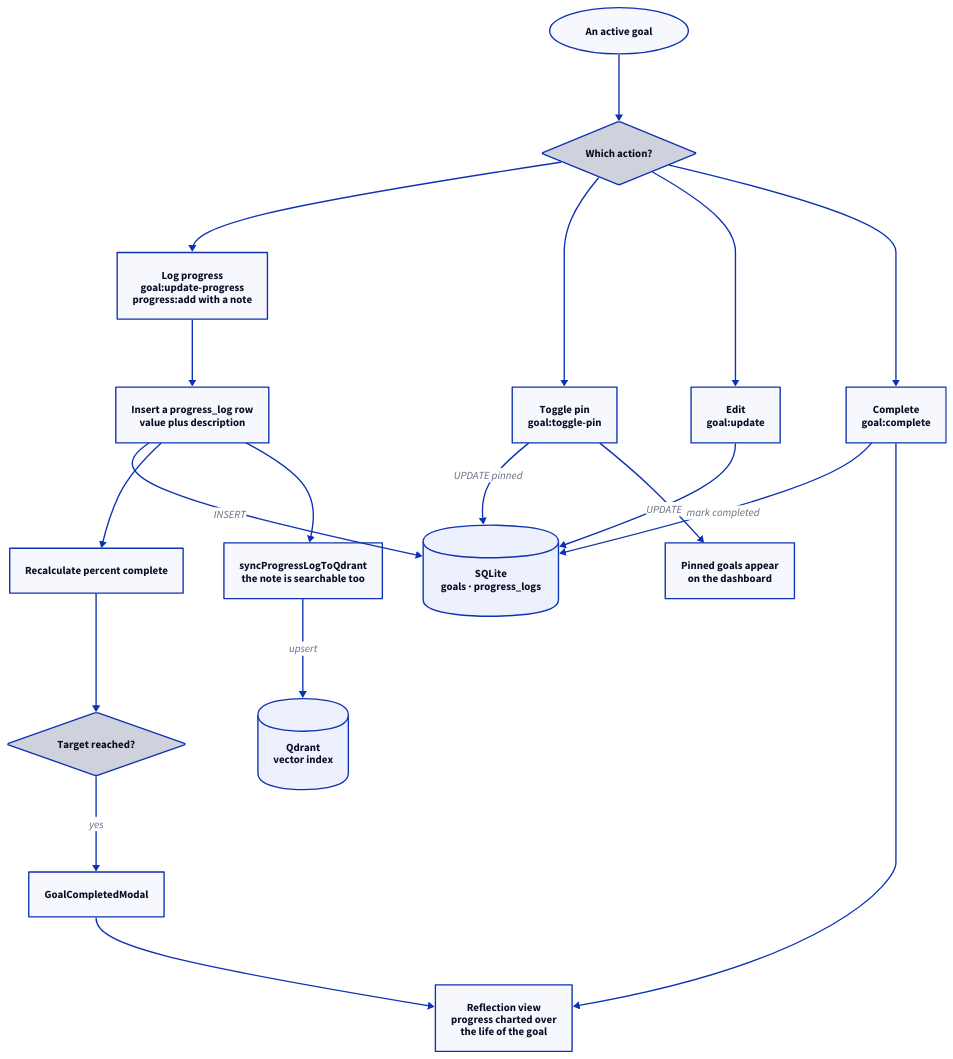
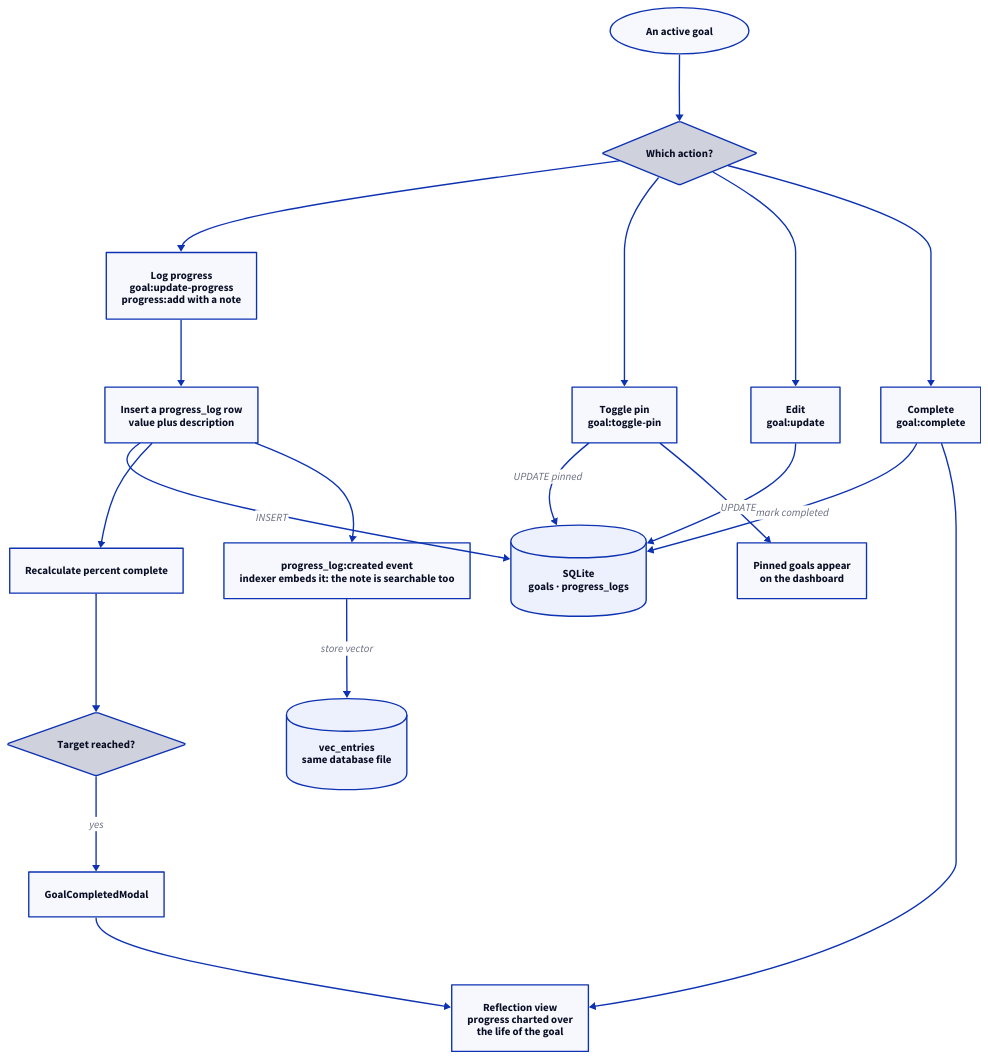
One commit to Arinaymaybhaskar/MindSage_desktop_app changed the diagram in assets/diagrams/src/goal-actions.d2. Above: the diagram before and after it, drawn with D2. The commit also changed 37 other files, not shown here.

First line of the commit message:
chore(search): remove Qdrant leftovers from the UI, diagrams and README

```diff
--- a/assets/diagrams/src/goal-actions.d2
+++ b/assets/diagrams/src/goal-actions.d2
@@ -1,92 +1,92 @@
 # What happens to a goal after it exists: progress, pinning and completion.
 # Derived from electron/methods/goal.js and progressLogs.js.
 
 direction: down
 
 goal: "An active goal" {
   shape: oval
   style.stroke-width: 2
 }
 
 action: "Which action?" {
   shape: diamond
   style.stroke-width: 2
 }
 
 log: "Log progress\ngoal:update-progress\nprogress:add with a note" {
   style.stroke-width: 2
 }
 
 pin: "Toggle pin\ngoal:toggle-pin" {
   style.stroke-width: 2
 }
 
 edit: "Edit\ngoal:update" {
   style.stroke-width: 2
 }
 
 complete: "Complete\ngoal:complete" {
   style.stroke-width: 2
 }
 
 logRow: "Insert a progress_log row\nvalue plus description" {
   style.stroke-width: 2
 }
 
 recalc: "Recalculate percent complete" {
   style.stroke-width: 2
 }
 
-syncLog: "syncProgressLogToQdrant\nthe note is searchable too" {
+syncLog: "progress_log:created event\nindexer embeds it: the note is searchable too" {
   style.stroke-width: 2
 }
 
 dashboard: "Pinned goals appear\non the dashboard" {
   style.stroke-width: 2
 }
 
 reached: "Target reached?" {
   shape: diamond
   style.stroke-width: 2
 }
 
 celebrate: "GoalCompletedModal" {
   style.stroke-width: 2
 }
 
 reflect: "Reflection view\nprogress charted over\nthe life of the goal" {
   style.stroke-width: 2
 }
 
 sqlite: "SQLite\ngoals · progress_logs" {
   shape: cylinder
   style.stroke-width: 2
 }
 
-qdrant: "Qdrant\nvector index" {
+index: "vec_entries\nsame database file" {
   shape: cylinder
   style.stroke-width: 2
 }
 
 goal -> action
 action -> log
 action -> pin
 action -> edit
 action -> complete
 
 log -> logRow
 logRow -> sqlite: "INSERT"
 logRow -> recalc
 recalc -> reached
 reached -> celebrate: "yes"
 logRow -> syncLog
-syncLog -> qdrant: "upsert"
+syncLog -> index: "store vector"
 
 pin -> sqlite: "UPDATE pinned"
 pin -> dashboard
 
 edit -> sqlite: "UPDATE"
 
 complete -> sqlite: "mark completed"
 complete -> reflect
 celebrate -> reflect
```
